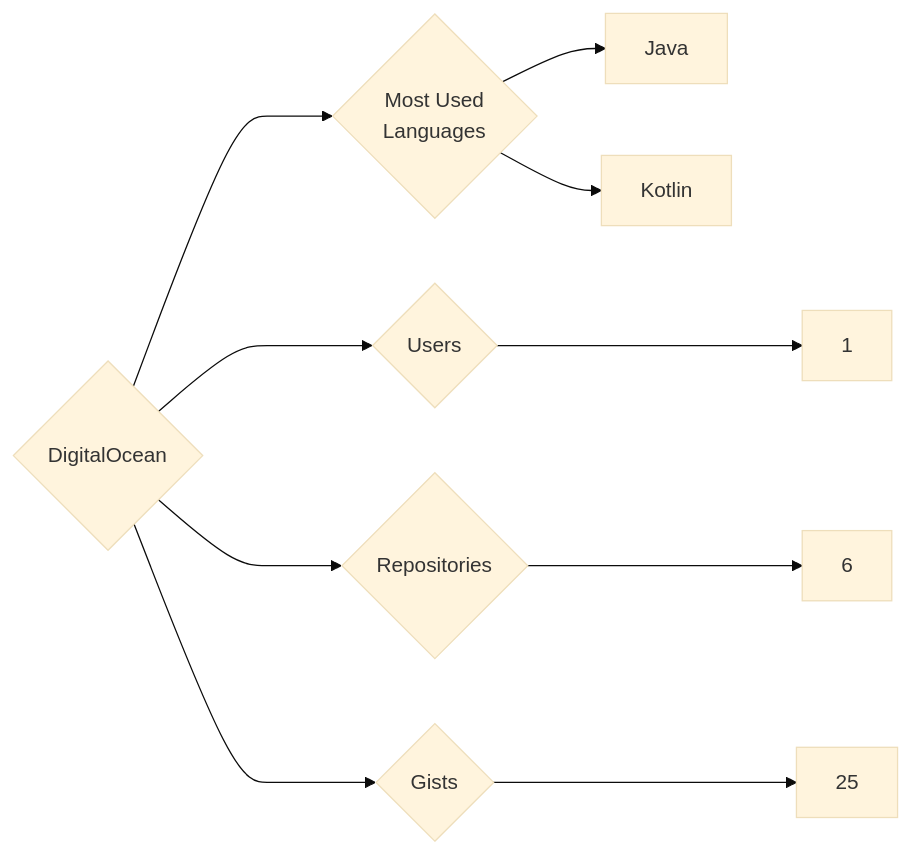
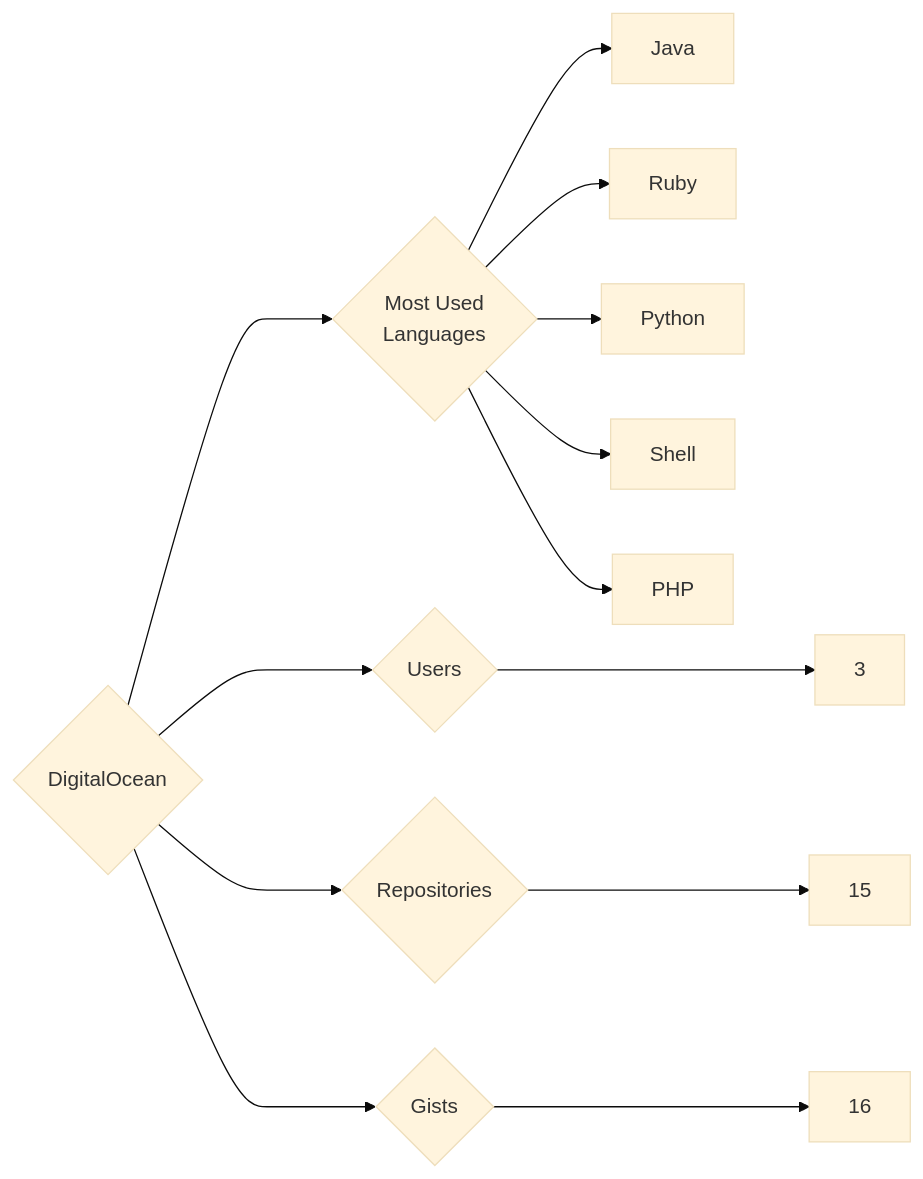
Before and after one commit to trickest/insiders: the diagram in targets/DigitalOcean/README.md, drawn with Mermaid (base theme). The commit also changed 1167 other files, not shown here.

````diff
--- a/targets/DigitalOcean/README.md
+++ b/targets/DigitalOcean/README.md
@@ -3,10 +3,13 @@
 ```mermaid
 graph LR
 COMPANY_NAME{DigitalOcean}
-COMPANY_NAME ---> U{Users} ---> UN[1]
-COMPANY_NAME ---> R{Repositories} ---> RN[6]
-COMPANY_NAME ---> G{Gists} ---> GN[25]
+COMPANY_NAME ---> U{Users} ---> UN[3]
+COMPANY_NAME ---> R{Repositories} ---> RN[15]
+COMPANY_NAME ---> G{Gists} ---> GN[16]
 COMPANY_NAME ---> ML{Most Used<br>Languages}
 ML --> Java[Java]
-ML --> Kotlin[Kotlin]
+ML --> Ruby[Ruby]
+ML --> Python[Python]
+ML --> Shell[Shell]
+ML --> PHP[PHP]
 ```
````
